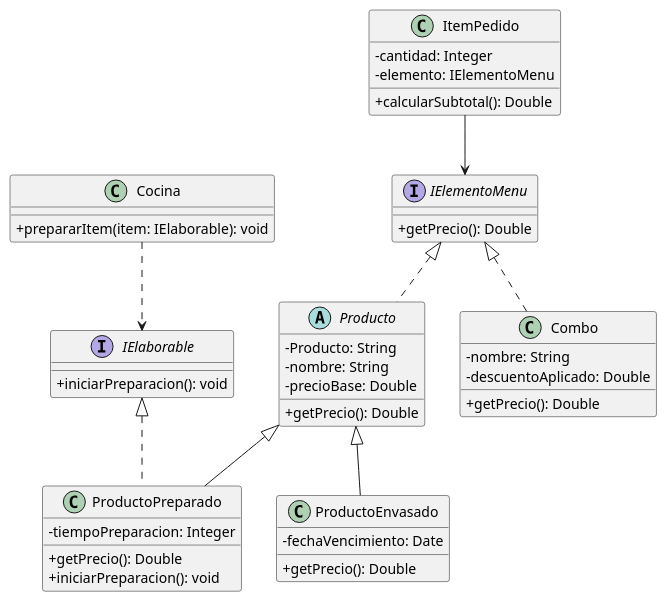
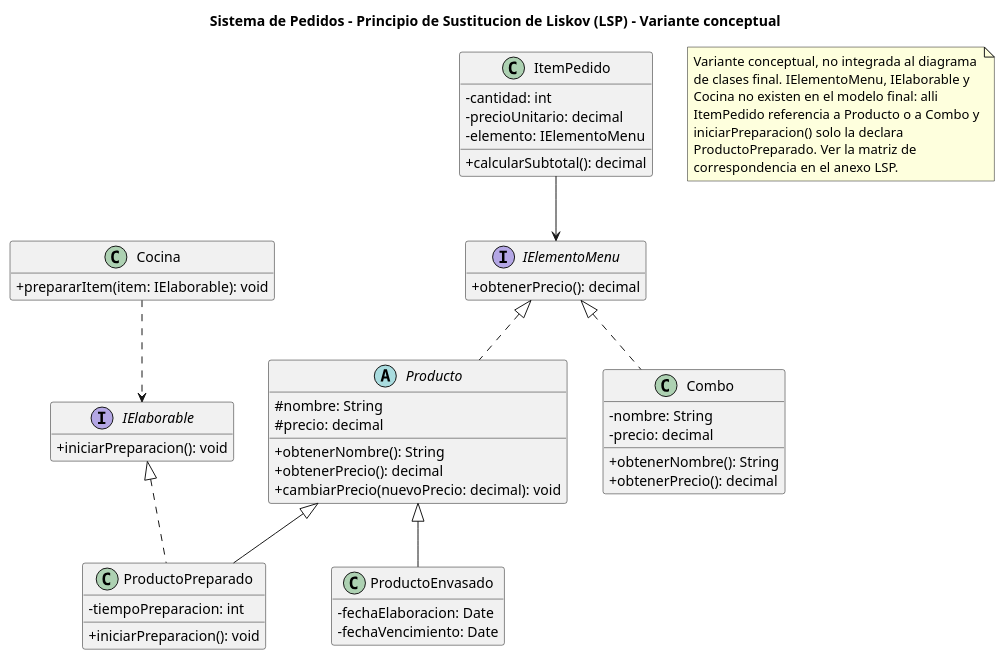
The diagram in diagramas/01-diagrama-clases/01-solid-03-lsp.puml (eloeyhe/SistemaPedidos), drawn with PlantUML before and after one commit. The commit also changed 15 other files, not shown here.

Commit message:
fix: alineo los principios SOLID con el diagrama de clases final y documento sus variantes (RC17, RC18, RC19, RC20)

```diff
--- a/diagramas/01-diagrama-clases/01-solid-03-lsp.puml
+++ b/diagramas/01-diagrama-clases/01-solid-03-lsp.puml
@@ -1,50 +1,64 @@
 @startuml 01-solid-03-lsp
+title Sistema de Pedidos - Principio de Sustitucion de Liskov (LSP) - Variante conceptual
 
 skinparam classAttributeIconSize 0
+hide empty members
 
 interface IElementoMenu {
-    + getPrecio(): Double
+    + obtenerPrecio(): decimal
 }
 
 abstract class Producto implements IElementoMenu {
-    - Producto: String
-    - nombre: String
-    - precioBase: Double
-    + getPrecio(): Double
+    # nombre: String
+    # precio: decimal
+    + obtenerNombre(): String
+    + obtenerPrecio(): decimal
+    + cambiarPrecio(nuevoPrecio: decimal): void
 }
 
 class ProductoEnvasado extends Producto {
+    - fechaElaboracion: Date
     - fechaVencimiento: Date
-    + getPrecio(): Double
 }
 
 interface IElaborable {
     + iniciarPreparacion(): void
 }
 
 class ProductoPreparado extends Producto implements IElaborable {
-    - tiempoPreparacion: Integer
-    + getPrecio(): Double
+    - tiempoPreparacion: int
     + iniciarPreparacion(): void
 }
 
 class Combo implements IElementoMenu {
     - nombre: String
-    - descuentoAplicado: Double
-    + getPrecio(): Double
+    - precio: decimal
+    + obtenerNombre(): String
+    + obtenerPrecio(): decimal
 }
 
 class ItemPedido {
-    - cantidad: Integer
+    - cantidad: int
+    - precioUnitario: decimal
     - elemento: IElementoMenu
-    + calcularSubtotal(): Double
+    + calcularSubtotal(): decimal
 }
 
 class Cocina {
     + prepararItem(item: IElaborable): void
 }
 
 ItemPedido --> IElementoMenu
 Cocina ..> IElaborable
 
+note as Alcance
+  Variante conceptual, no integrada al diagrama
+  de clases final. IElementoMenu, IElaborable y
+  Cocina no existen en el modelo final: alli
+  ItemPedido referencia a Producto o a Combo y
+  iniciarPreparacion() solo la declara
+  ProductoPreparado. Ver la matriz de
+  correspondencia en el anexo LSP.
+end note
+
 @enduml
```
